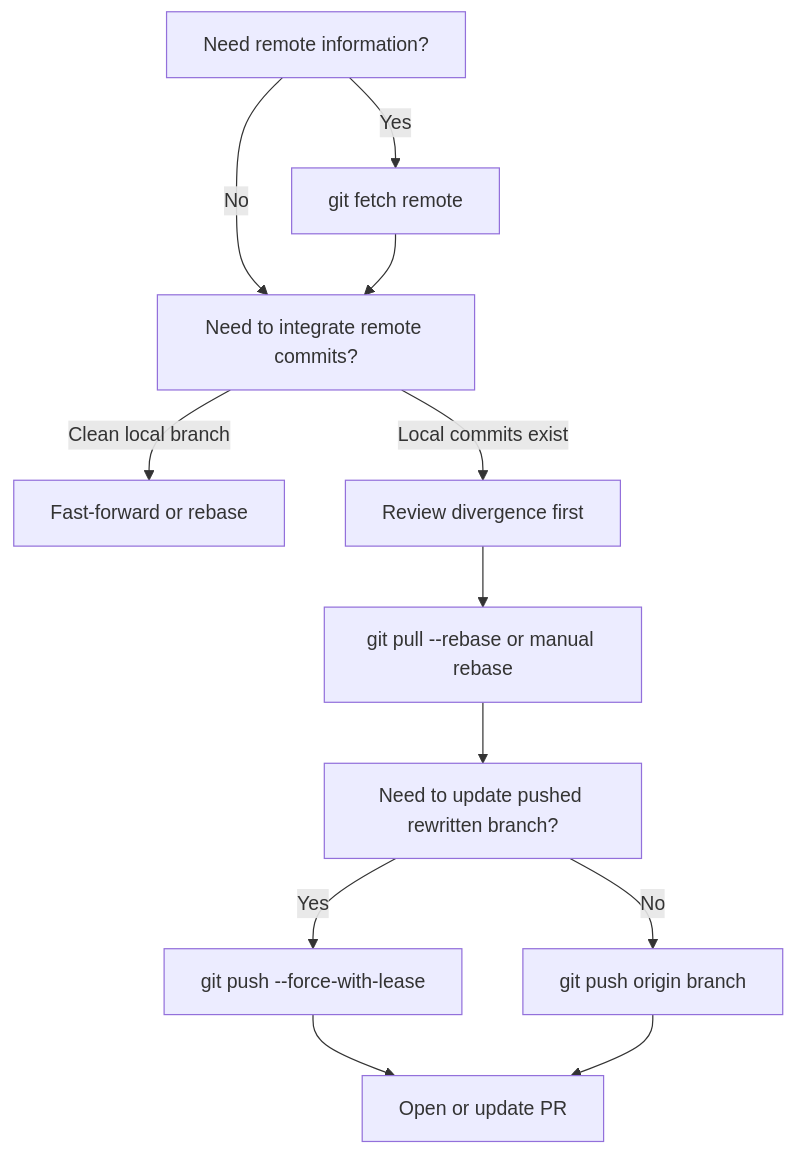
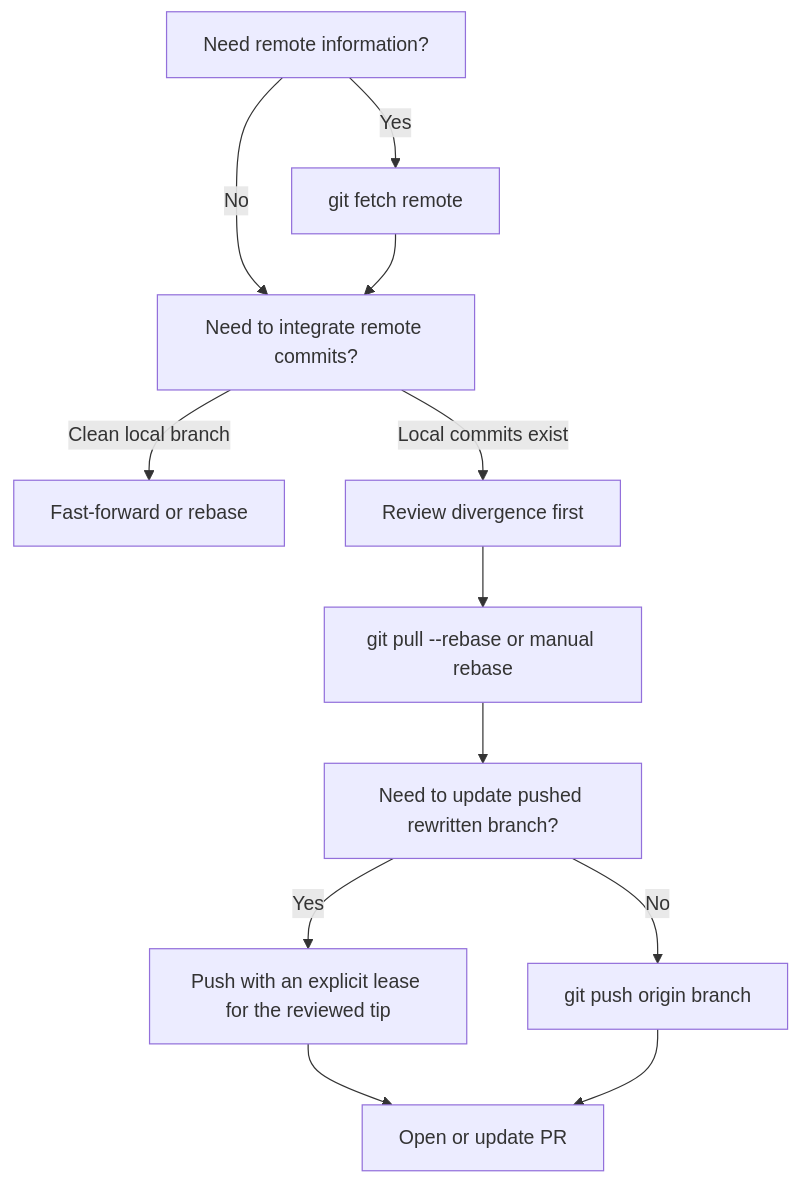
Before and after one commit to kube-dojo/kube-dojo.github.io: the fourth of 4 diagrams in src/content/docs/prerequisites/git-deep-dive/module-7-remotes-prs.md, drawn with Mermaid. The commit also changed other lines of this file, not shown here.

First line of the commit message:
fix(git): preserve inspected tip in force-with-lease (#3644)

````diff
--- a/src/content/docs/prerequisites/git-deep-dive/module-7-remotes-prs.md
+++ b/src/content/docs/prerequisites/git-deep-dive/module-7-remotes-prs.md
@@ -432,14 +441,14 @@
 ```mermaid
 flowchart TD
     A["Need remote information?"] -->|Yes| B["git fetch remote"]
     A -->|No| C["Need to integrate remote commits?"]
     B --> C
     C -->|Clean local branch| D["Fast-forward or rebase"]
     C -->|Local commits exist| E["Review divergence first"]
     E --> F["git pull --rebase or manual rebase"]
     F --> G["Need to update pushed rewritten branch?"]
-    G -->|Yes| H["git push --force-with-lease"]
+    G -->|Yes| H["Push with an explicit lease for the reviewed tip"]
     G -->|No| I["git push origin branch"]
     H --> J["Open or update PR"]
     I --> J
 ```
````
